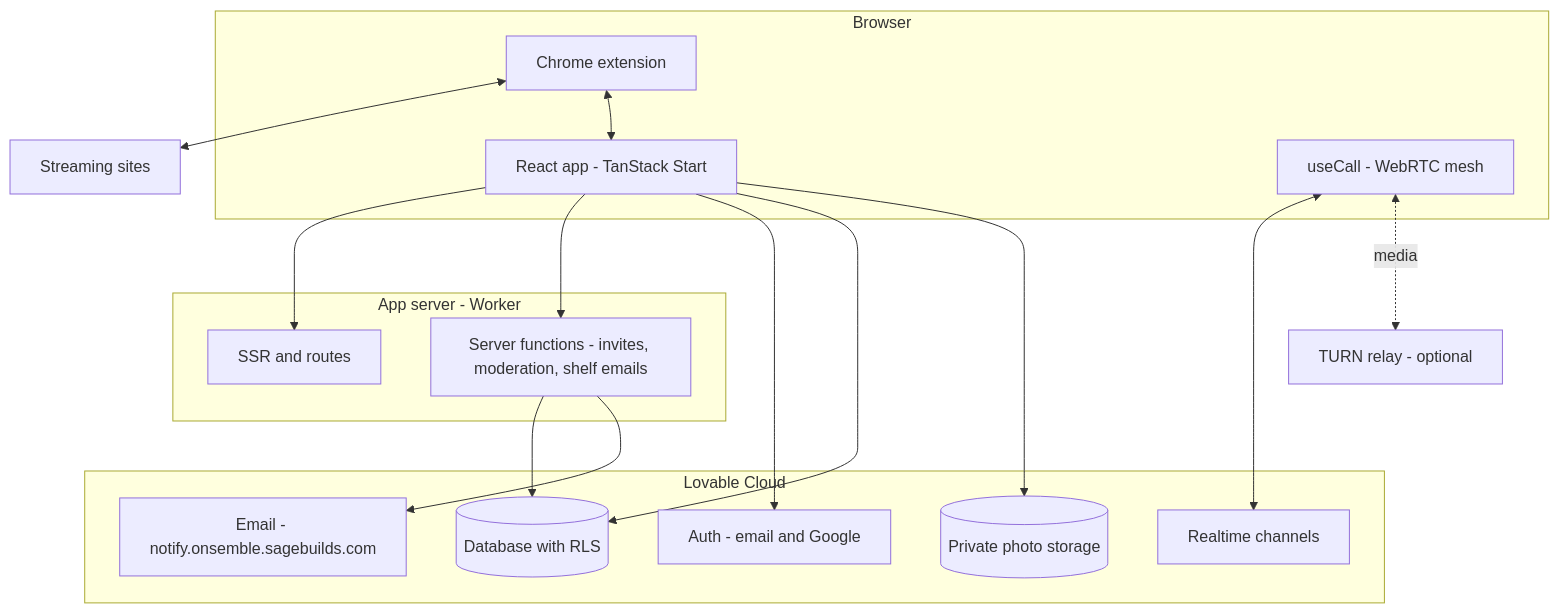
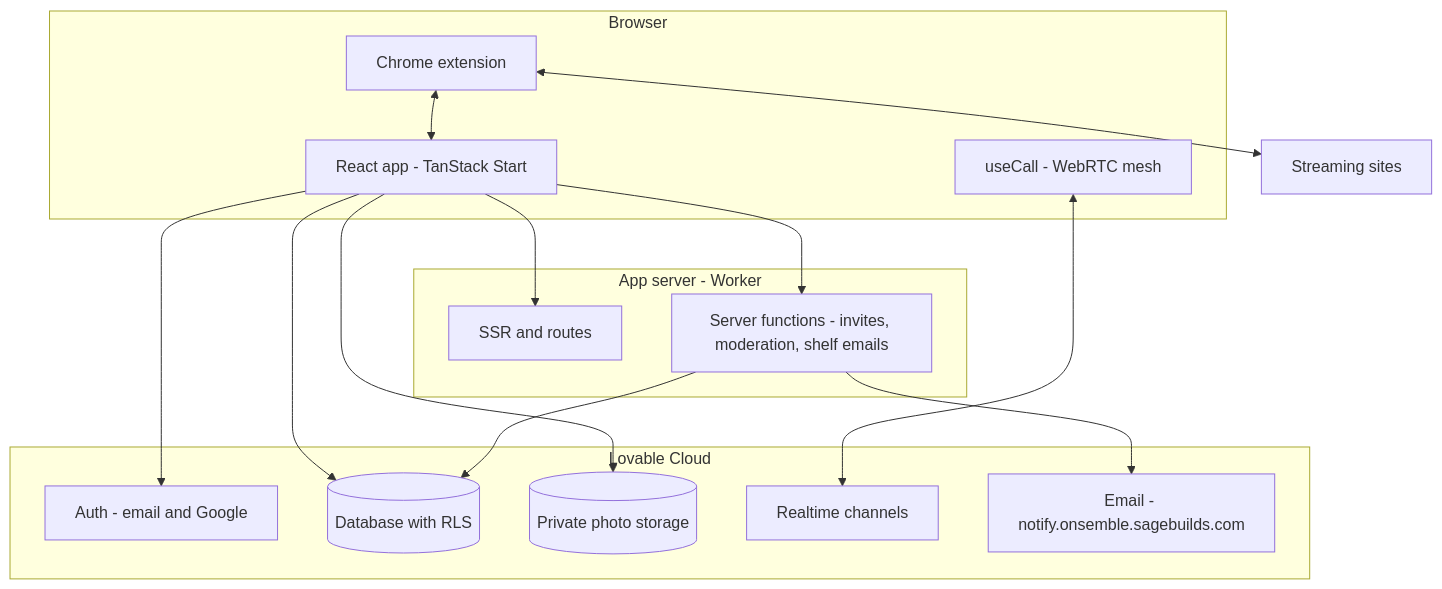
One commit to sagebuilds/onsemble changed the first of 5 diagrams in README.md. Above: the diagram before and after it, drawn with Mermaid. The commit also changed other lines of this file and 1 other file, not shown here.

````diff
--- a/README.md
+++ b/README.md
@@ -72,33 +72,31 @@
 ```mermaid
 graph TD
     subgraph Browser
         UI[React app - TanStack Start]
         Call[useCall - WebRTC mesh]
         Ext[Chrome extension]
     end
     subgraph Server[App server - Worker]
         SSR[SSR and routes]
         SF[Server functions - invites, moderation, shelf emails]
     end
     subgraph Cloud[Lovable Cloud]
         Auth[Auth - email and Google]
         DB[(Database with RLS)]
         Store[(Private photo storage)]
         RT[Realtime channels]
         Mail[Email - notify.onsemble.sagebuilds.com]
     end
-    TURN[TURN relay - optional]
     Sites[Streaming sites]
 
     UI --> SSR
     UI --> SF
     UI --> Auth
     UI --> DB
     UI --> Store
     Call <--> RT
-    Call <-. media .-> TURN
     SF --> DB
     SF --> Mail
     Ext <--> Sites
     Ext <--> UI
 ```
````
